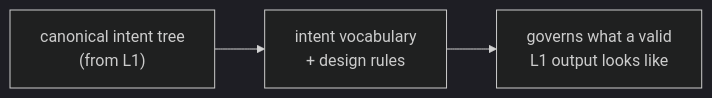
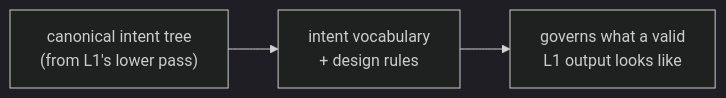
Before and after one commit to ProjectASAP/ASAPPlanner: the second of 5 diagrams in docs/design.md, drawn with Mermaid (dark theme). The commit also changed other lines of this file, not shown here.

````diff
--- a/docs/design.md
+++ b/docs/design.md
@@ -95,5 +138,5 @@
 ```mermaid
 flowchart LR
-    L1T["canonical intent tree\n(from L1)"] --> V["intent vocabulary\n+ design rules"]
-    V --> L2["governs what a valid\nL1 output looks like"]
+    L1T["canonical intent tree\n(from L1's lower pass)"] --> V["intent vocabulary\n+ design rules"]
+    V --> L2G["governs what a valid\nL1 output looks like"]
 ```
````
